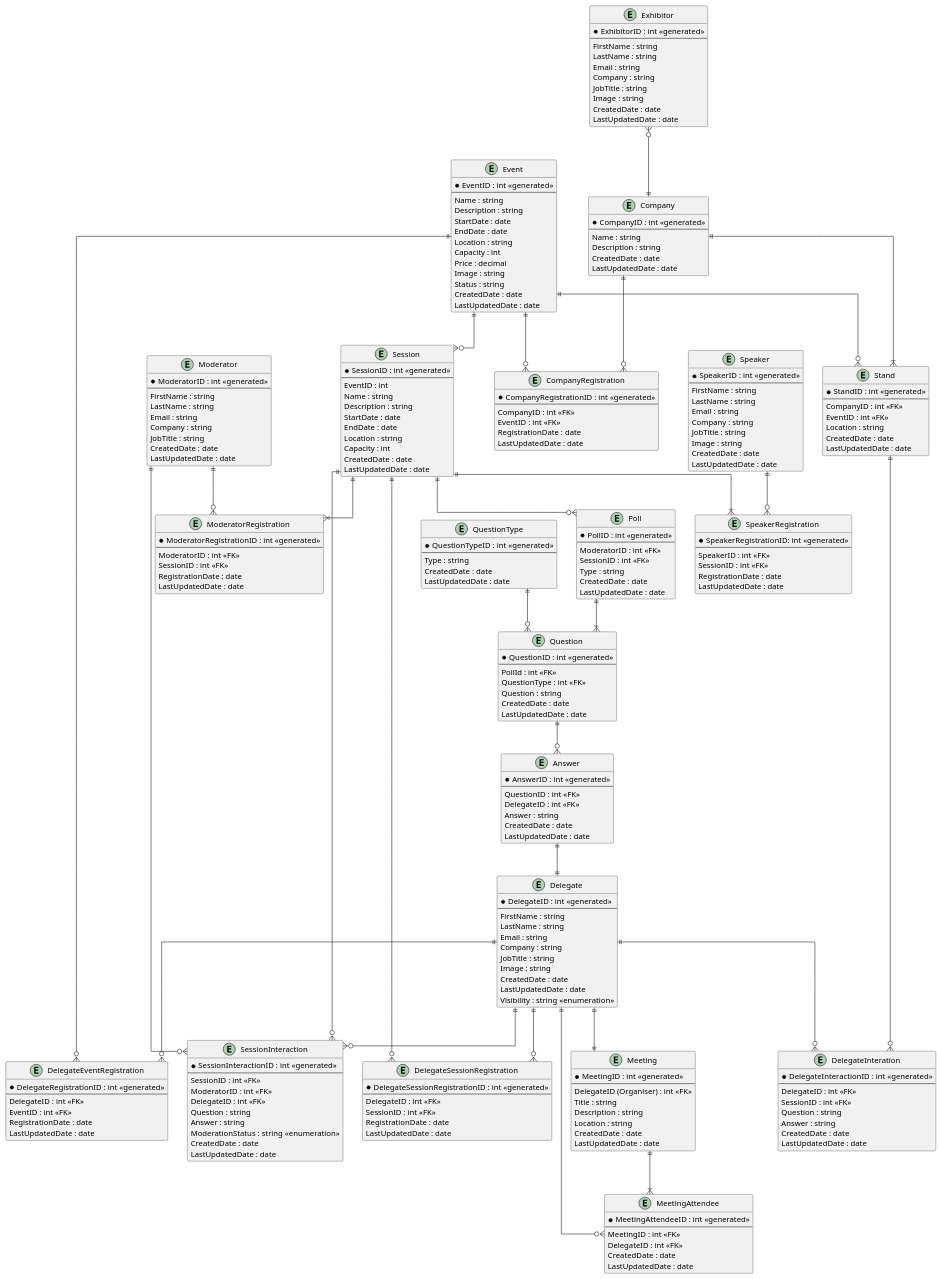
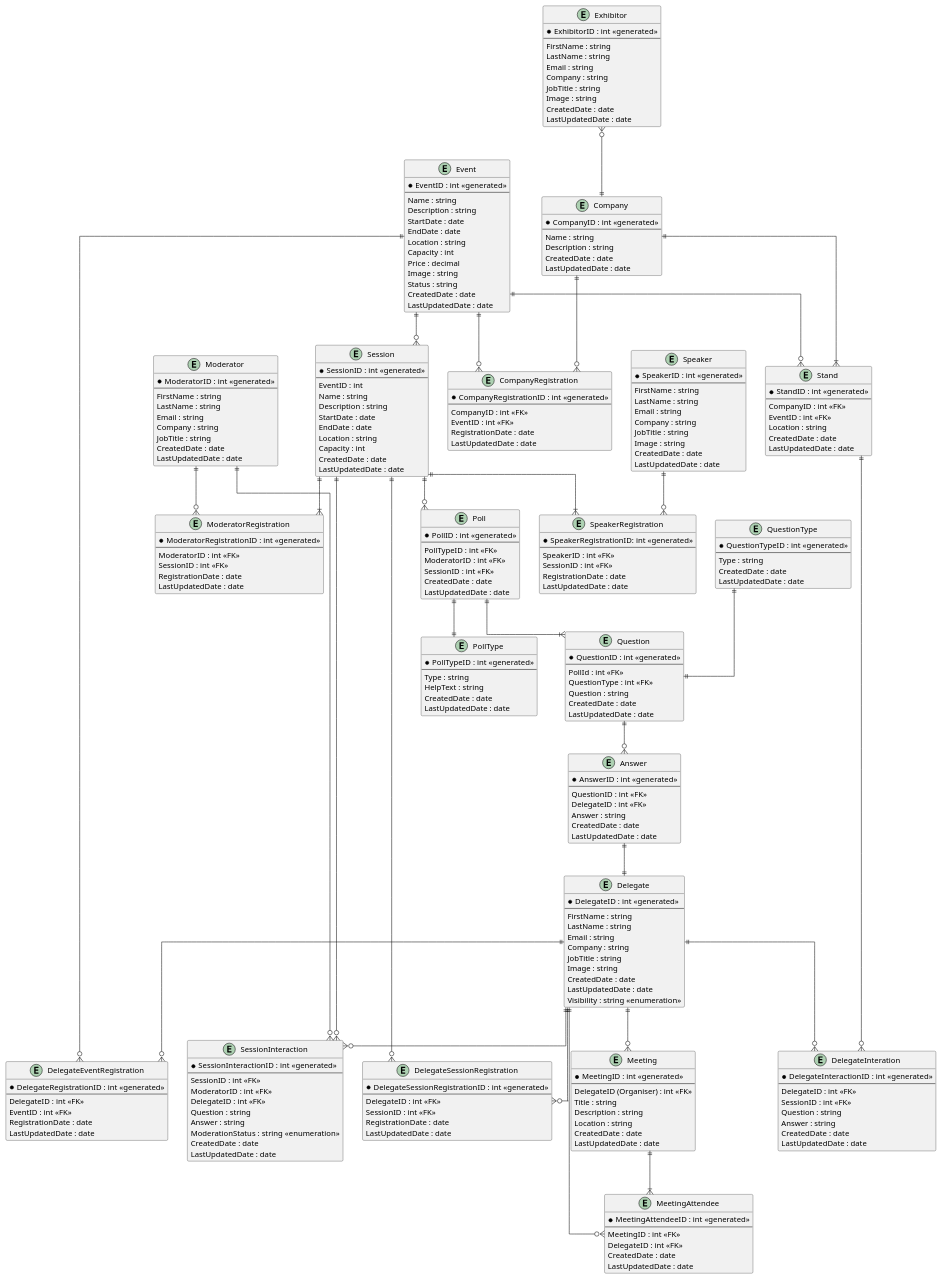
One commit to CSC-40084-Group-7/BMI2-UML changed the diagram in BookMeIn2-EntityRelationshipDiagram.puml. Above: the diagram before and after it, drawn with PlantUML. The commit also changed 1 other file, not shown here.

Commit message:
update erd

```diff
--- a/BookMeIn2-EntityRelationshipDiagram.puml
+++ b/BookMeIn2-EntityRelationshipDiagram.puml
@@ -194,9 +194,9 @@
 entity "Poll" as poll {
     * PollID : int <<generated>>
     ---
+    PollTypeID : int <<FK>>
     ModeratorID : int <<FK>>
     SessionID : int <<FK>>
-    Type : string
     CreatedDate : date
     LastUpdatedDate : date
 }
@@ -249,6 +249,14 @@
     LastUpdatedDate : date
 }
 
+entity "PollType" as polltype {
+    * PollTypeID : int <<generated>>
+    ---
+    Type : string
+    HelpText : string
+    CreatedDate : date
+    LastUpdatedDate : date
+}
 
 'Associations
 
@@ -278,6 +286,7 @@
 delegate ||--o{ delegateinteraction
 stand ||--o{ delegateinteraction
 
+poll ||--|| polltype
 poll ||--|{ question
 question ||--o{ answer
 
@@ -285,9 +294,9 @@
 answer ||--|| delegate
 
 delegate ||--o{ meetingattendee
-delegate ||--|| meeting
+delegate ||--o{ meeting
 meeting ||--|{ meetingattendee
 
-questiontype ||--o{ question
+questiontype ||--|| question
 
 @enduml
```
